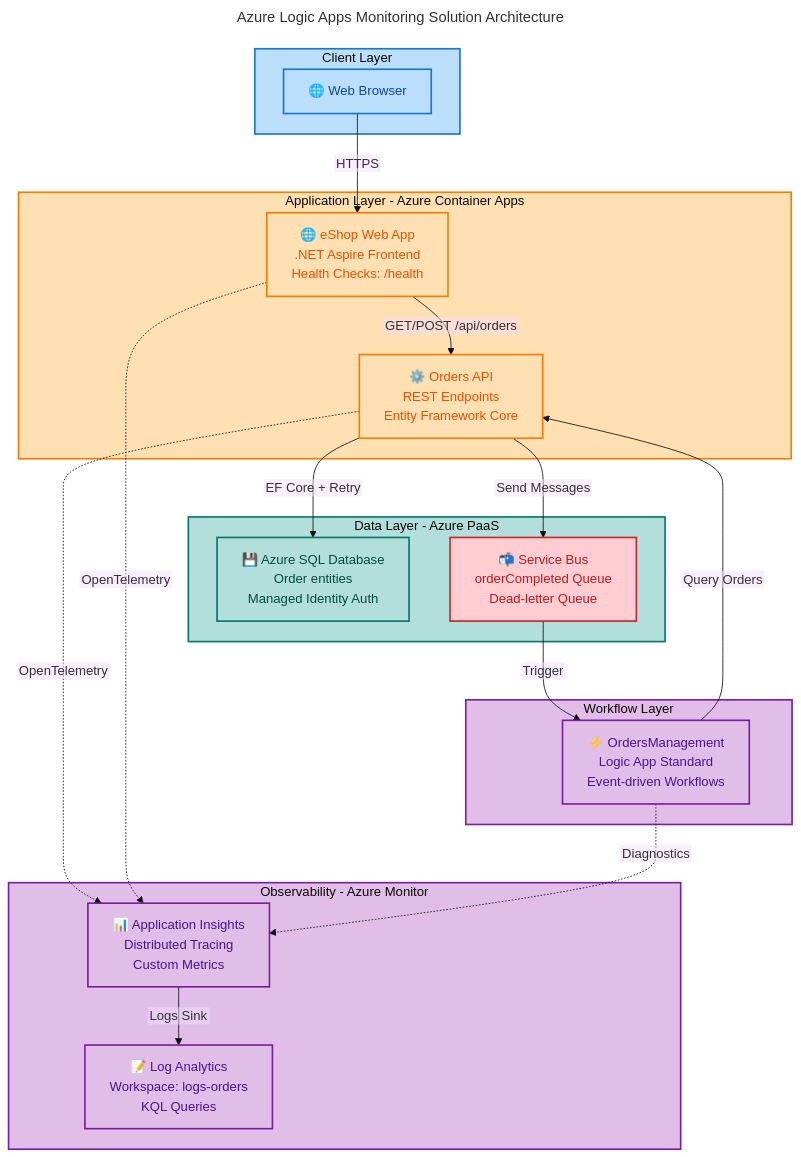
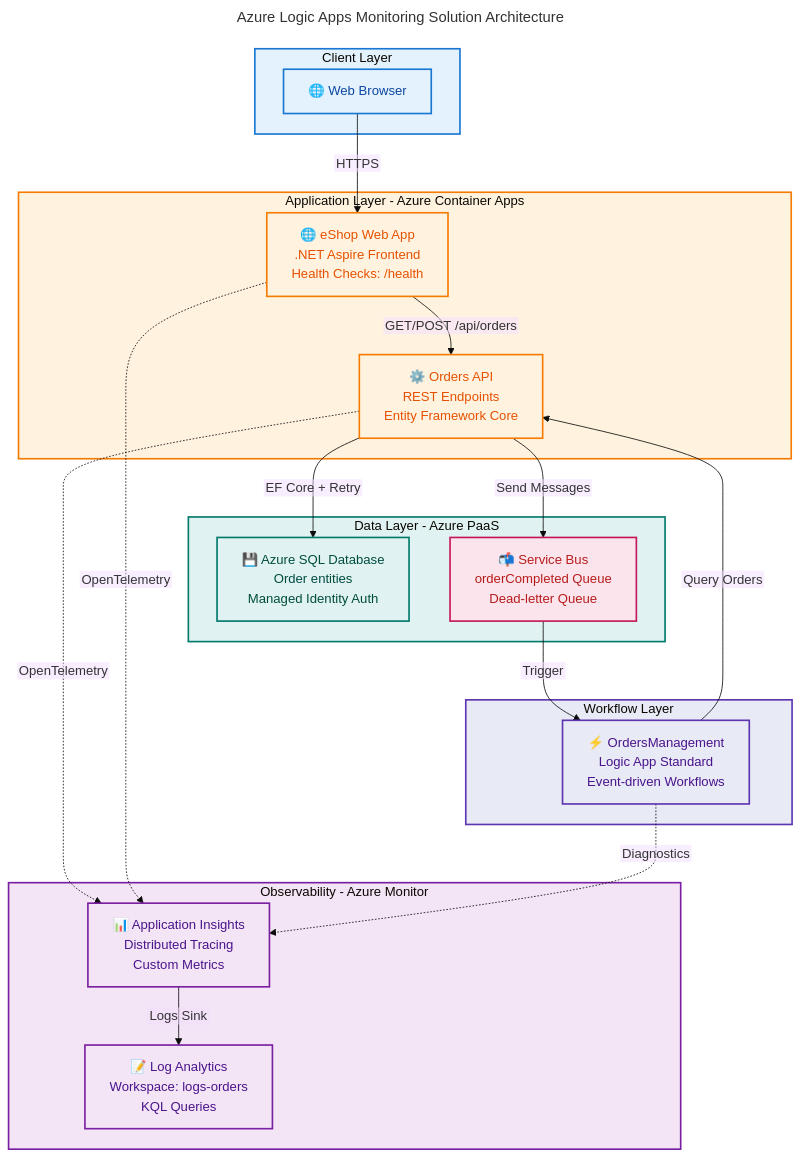
The diagram in README.md (Evilazaro/Azure-LogicApps-Monitoring), drawn with Mermaid before and after one commit.

Commit message:
docs: update flowchart color palette for improved readability and accessibility

````diff
--- a/README.md
+++ b/README.md
@@ -92,69 +92,69 @@
 ```mermaid
 ---
 title: "Azure Logic Apps Monitoring Solution Architecture"
 config:
   theme: base
   flowchart:
     htmlLabels: false
 ---
 graph TB
     accTitle: Azure Logic Apps Monitoring Solution Architecture
     accDescr: Shows layered microservices architecture with Client Layer, Application Layer, Workflow Layer, Data Layer, and Observability components with their interactions
 
     subgraph clientLayer["Client Layer"]
         Client["🌐 Web Browser"]:::clientColor
     end
 
     subgraph appLayer["Application Layer - Azure Container Apps"]
         WebApp["🌐 eShop Web App<br/>.NET Aspire Frontend<br/>Health Checks: /health"]:::apiColor
         OrdersAPI["⚙️ Orders API<br/>REST Endpoints<br/>Entity Framework Core"]:::apiColor
     end
 
     subgraph workflowLayer["Workflow Layer"]
         LogicApp["⚡ OrdersManagement<br/>Logic App Standard<br/>Event-driven Workflows"]:::workflowColor
     end
 
     subgraph dataLayer["Data Layer - Azure PaaS"]
         SQL["💾 Azure SQL Database<br/>Order entities<br/>Managed Identity Auth"]:::dataColor
         ServiceBus["📬 Service Bus<br/>orderCompleted Queue<br/>Dead-letter Queue"]:::messagingColor
     end
 
     subgraph observability["Observability - Azure Monitor"]
         AppInsights["📊 Application Insights<br/>Distributed Tracing<br/>Custom Metrics"]:::observabilityColor
         LogAnalytics["📝 Log Analytics<br/>Workspace: logs-orders<br/>KQL Queries"]:::observabilityColor
     end
 
     Client -->|HTTPS| WebApp
     WebApp -->|"GET/POST /api/orders"| OrdersAPI
     OrdersAPI -->|"EF Core + Retry"| SQL
     OrdersAPI -->|"Send Messages"| ServiceBus
     ServiceBus -->|Trigger| LogicApp
     LogicApp -->|Query Orders| OrdersAPI
 
     OrdersAPI -.->|OpenTelemetry| AppInsights
     WebApp -.->|OpenTelemetry| AppInsights
     LogicApp -.->|Diagnostics| AppInsights
     AppInsights -->|Logs Sink| LogAnalytics
 
-    %% Semantic color definitions (Microsoft Fluent UI / Azure palette)
-    classDef clientColor fill:#BBDEFB,stroke:#1976D2,stroke-width:2px,color:#0D47A1
-    classDef apiColor fill:#FFE0B2,stroke:#F57C00,stroke-width:2px,color:#E65100
-    classDef workflowColor fill:#E1BEE7,stroke:#7B1FA2,stroke-width:2px,color:#4A148C
-    classDef dataColor fill:#B2DFDB,stroke:#00796B,stroke-width:2px,color:#004D40
-    classDef messagingColor fill:#FFCDD2,stroke:#C62828,stroke-width:2px,color:#B71C1C
-    classDef observabilityColor fill:#E1BEE7,stroke:#7B1FA2,stroke-width:2px,color:#4A148C
+    %% Semantic color definitions (lighter, softer palette for better readability)
+    classDef clientColor fill:#E3F2FD,stroke:#1976D2,stroke-width:2px,color:#0D47A1
+    classDef apiColor fill:#FFF3E0,stroke:#F57C00,stroke-width:2px,color:#E65100
+    classDef workflowColor fill:#E8EAF6,stroke:#5E35B1,stroke-width:2px,color:#4A148C
+    classDef dataColor fill:#E0F2F1,stroke:#00796B,stroke-width:2px,color:#004D40
+    classDef messagingColor fill:#FCE4EC,stroke:#C2185B,stroke-width:2px,color:#B71C1C
+    classDef observabilityColor fill:#F3E5F5,stroke:#7B1FA2,stroke-width:2px,color:#4A148C
 
-    %% Subgraph styling
-    style clientLayer fill:#BBDEFB,stroke:#1976D2,stroke-width:2px
-    style appLayer fill:#FFE0B2,stroke:#F57C00,stroke-width:2px
-    style workflowLayer fill:#E1BEE7,stroke:#7B1FA2,stroke-width:2px
-    style dataLayer fill:#B2DFDB,stroke:#00796B,stroke-width:2px
-    style observability fill:#E1BEE7,stroke:#7B1FA2,stroke-width:2px
+    %% Subgraph styling (light, clean backgrounds)
+    style clientLayer fill:#E3F2FD,stroke:#1976D2,stroke-width:2px
+    style appLayer fill:#FFF3E0,stroke:#F57C00,stroke-width:2px
+    style workflowLayer fill:#E8EAF6,stroke:#5E35B1,stroke-width:2px
+    style dataLayer fill:#E0F2F1,stroke:#00796B,stroke-width:2px
+    style observability fill:#F3E5F5,stroke:#7B1FA2,stroke-width:2px
 
-    %% Color Palette Reference (Microsoft Fluent UI / Azure):
-    %% azureBlue (#BBDEFB): Client/User interfaces
-    %% azureOrange (#FFE0B2): API/Application services
-    %% azurePurple (#E1BEE7): Workflow/Logic orchestration & Observability
-    %% azureTeal (#B2DFDB): Data storage/persistence
-    %% azureRed (#FFCDD2): Messaging/Communication
+    %% Color Palette Reference (Material Design inspired):
+    %% Light Blue (#E3F2FD): Client/User interfaces
+    %% Light Orange (#FFF3E0): API/Application services
+    %% Light Purple (#E8EAF6): Workflow orchestration & (#F3E5F5) Observability
+    %% Light Teal (#E0F2F1): Data storage/persistence
+    %% Light Red (#FCE4EC): Messaging/Communication
 ```
````
